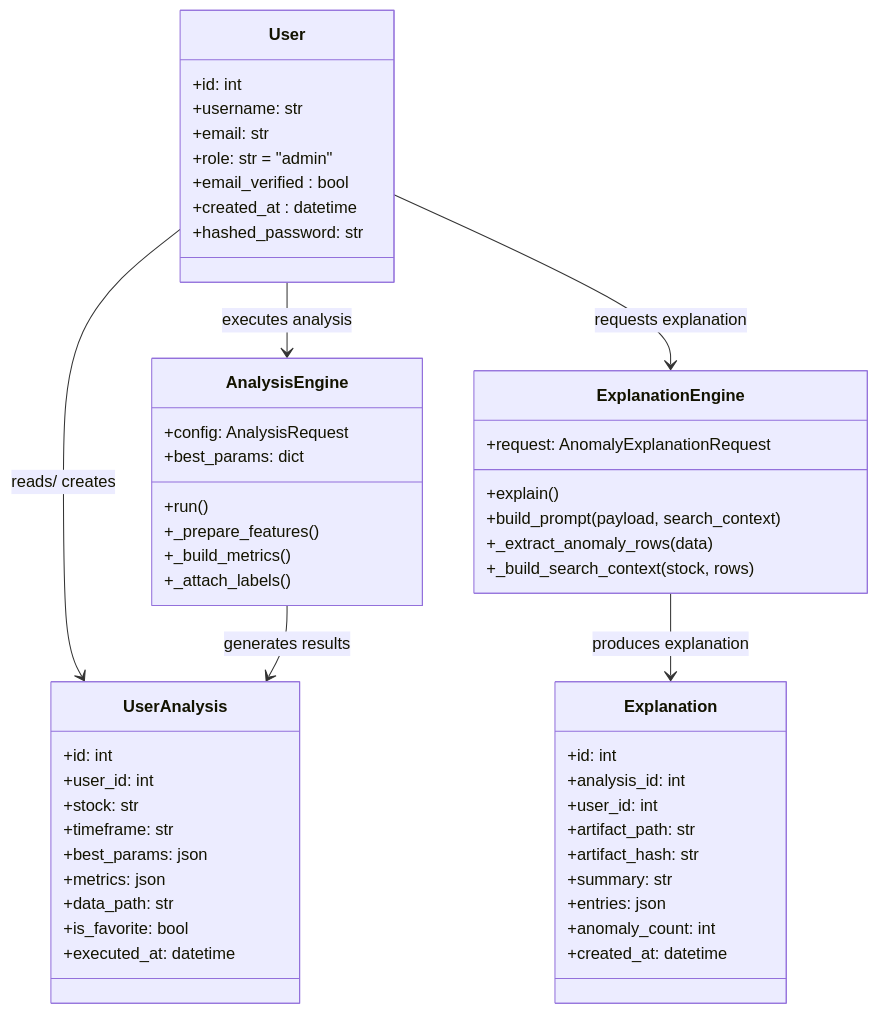
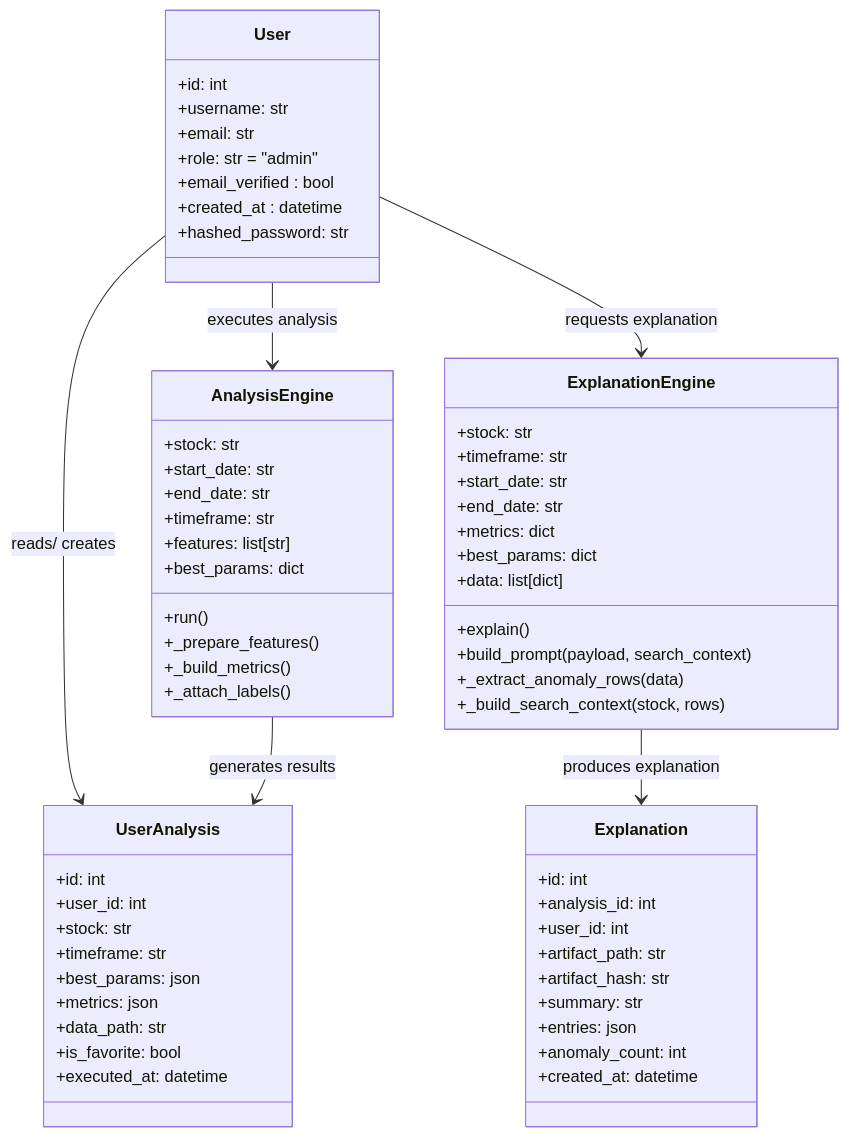
Before and after one commit to rey-tan/Anomaly-Detection: the third of 12 diagrams in AnomalyEngine/docs/DIAGRAMS.md, drawn with Mermaid. The commit also changed other lines of this file and 98 other files, not shown here.

Commit message:
finish diagramming

````diff
--- a/AnomalyEngine/docs/DIAGRAMS.md
+++ b/AnomalyEngine/docs/DIAGRAMS.md
@@ -124,59 +123,70 @@
 ```mermaid
 classDiagram
     class User {
         +id: int
         +username: str
         +email: str
         +role: str = "admin"
         +email_verified : bool
         +created_at : datetime
         +hashed_password: str
     }
 
-    class AnalysisEngine {
-        +config: AnalysisRequest
+    
+     class AnalysisEngine {
+        +stock: str
+        +start_date: str
+        +end_date: str
+        +timeframe: str
+        +features: list[str]
         +best_params: dict
         +run()
         +_prepare_features()
         +_build_metrics()
         +_attach_labels()
     }
 
     class ExplanationEngine {
-        +request: AnomalyExplanationRequest
+        +stock: str
+        +timeframe: str
+        +start_date: str
+        +end_date: str
+        +metrics: dict
+        +best_params: dict
+        +data: list[dict]
         +explain()
         +build_prompt(payload, search_context)
         +_extract_anomaly_rows(data)
         +_build_search_context(stock, rows)
     }
 
     class UserAnalysis {
         +id: int
         +user_id: int
         +stock: str
         +timeframe: str
         +best_params: json
         +metrics: json
         +data_path: str
         +is_favorite: bool
         +executed_at: datetime
     }
 
     class Explanation {
         +id: int
         +analysis_id: int
         +user_id: int
         +artifact_path: str
         +artifact_hash: str
         +summary: str
         +entries: json
         +anomaly_count: int
         +created_at: datetime
     }
 
     User --> AnalysisEngine : executes analysis
     User --> ExplanationEngine : requests explanation
     User --> UserAnalysis : reads/ creates
     AnalysisEngine --> UserAnalysis : generates results
     ExplanationEngine --> Explanation : produces explanation
 ```
````
